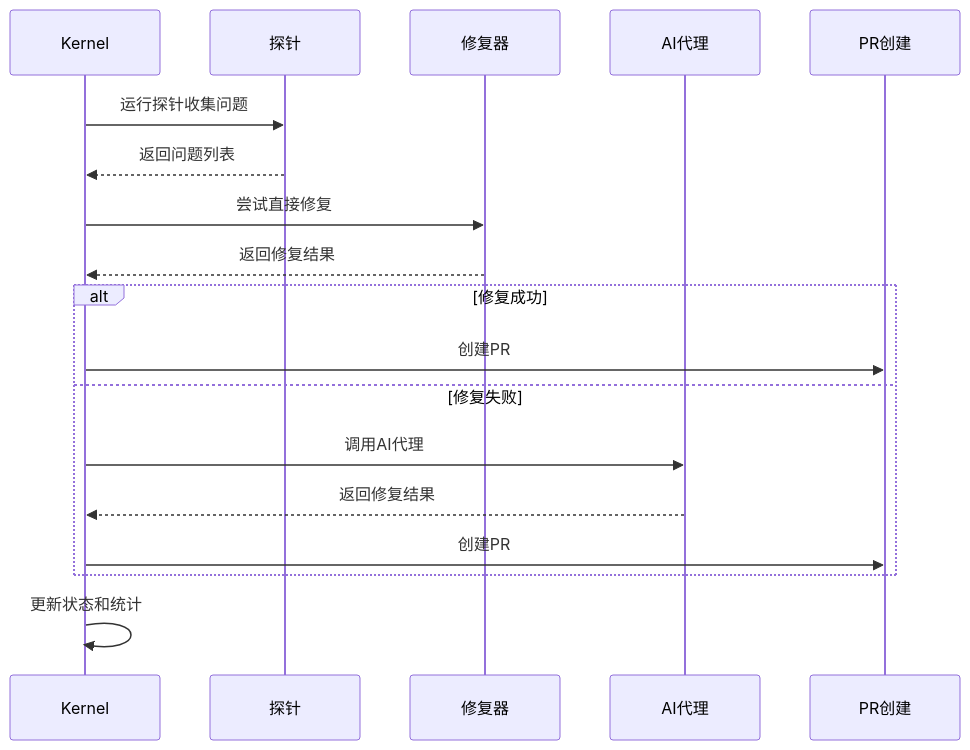
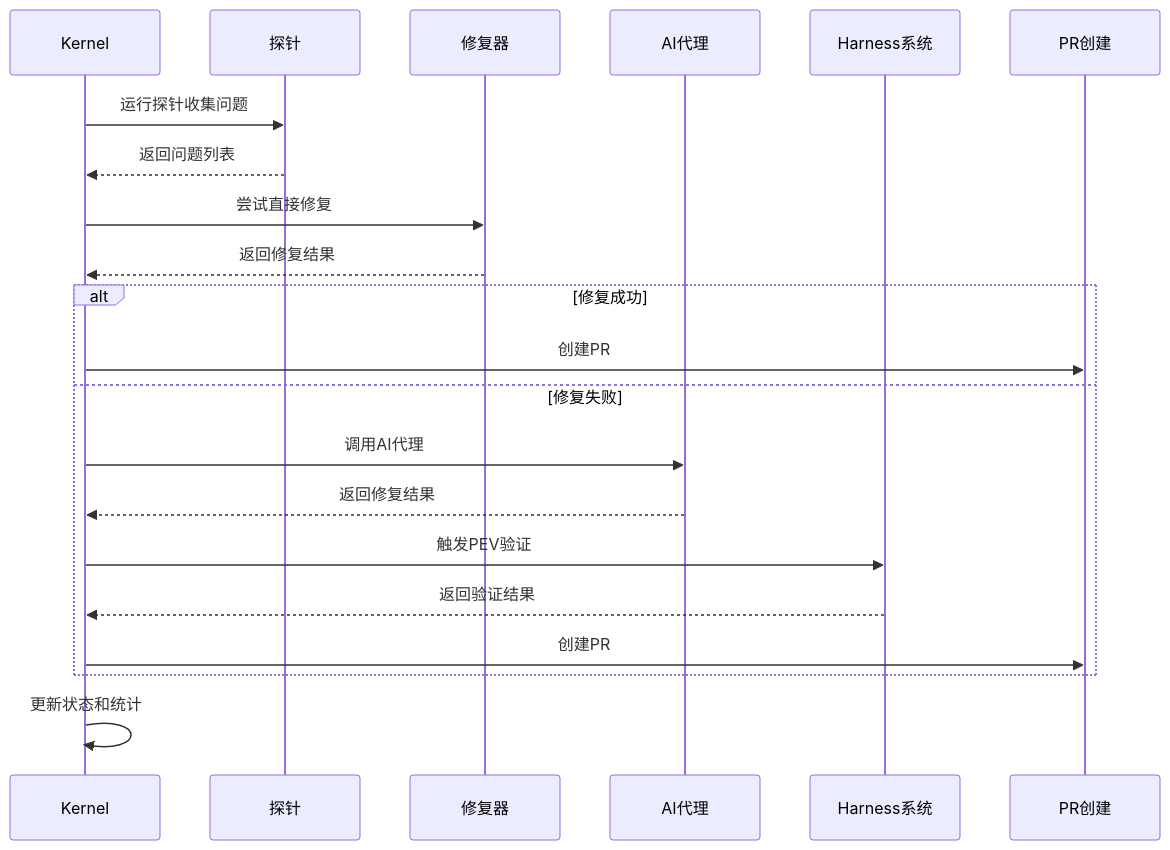
The third of 9 diagrams in .qoder/repowiki/zh/content/技术实现参考/技术实现参考.md (pinsonchen/vivify), drawn with Mermaid before and after one commit. The commit also changed other lines of this file and 25 other files, not shown here.

````diff
--- a/.qoder/repowiki/zh/content/技术实现参考/技术实现参考.md
+++ b/.qoder/repowiki/zh/content/技术实现参考/技术实现参考.md
@@ -150,20 +192,23 @@
 ```mermaid
 sequenceDiagram
 participant Kernel as Kernel
 participant Probes as 探针
 participant Fixers as 修复器
 participant Agent as AI代理
+participant Harness as Harness系统
 participant PR as PR创建
 Kernel->>Probes : 运行探针收集问题
 Probes-->>Kernel : 返回问题列表
 Kernel->>Fixers : 尝试直接修复
 Fixers-->>Kernel : 返回修复结果
 alt 修复成功
 Kernel->>PR : 创建PR
 else 修复失败
 Kernel->>Agent : 调用AI代理
 Agent-->>Kernel : 返回修复结果
+Kernel->>Harness : 触发PEV验证
+Harness-->>Kernel : 返回验证结果
 Kernel->>PR : 创建PR
 end
 Kernel->>Kernel : 更新状态和统计
 ```
````
